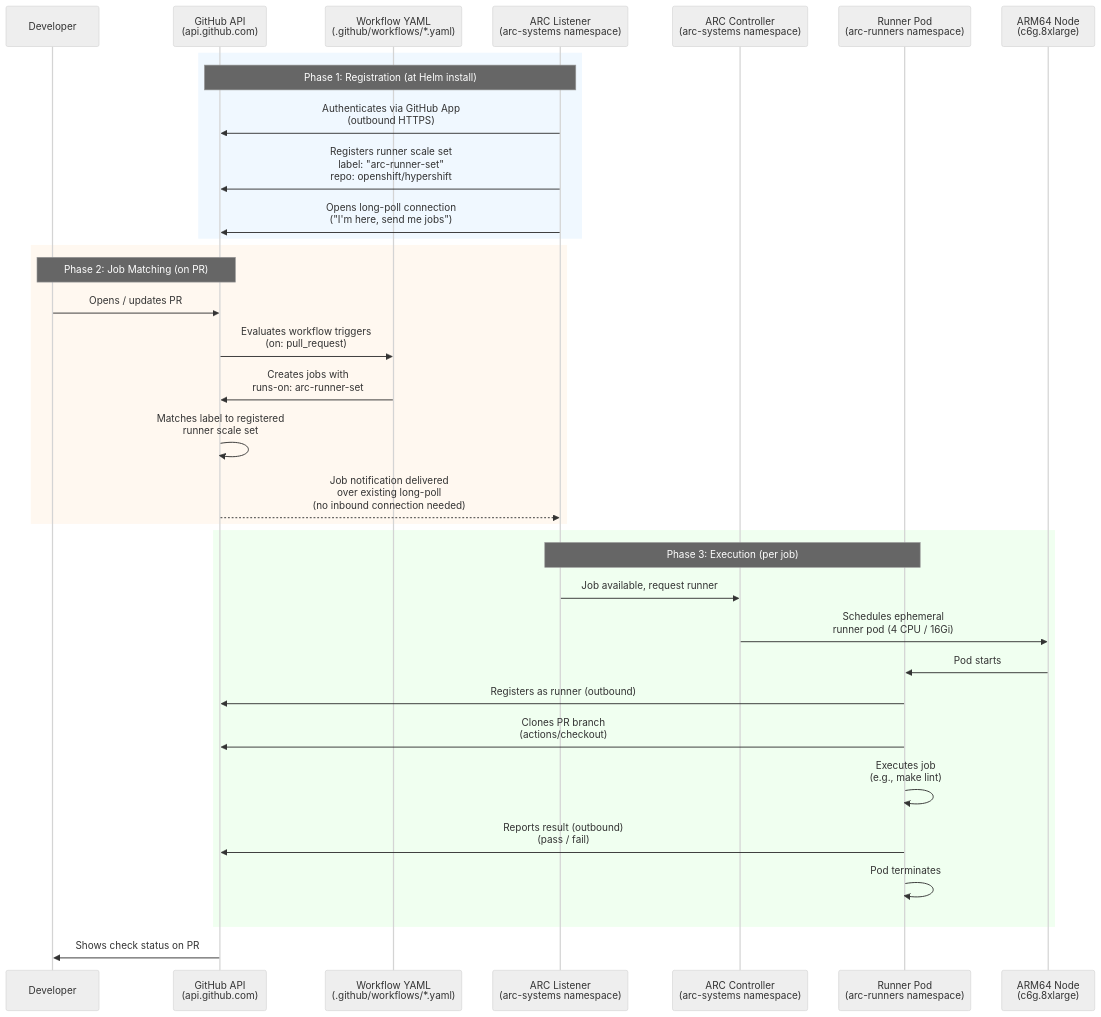
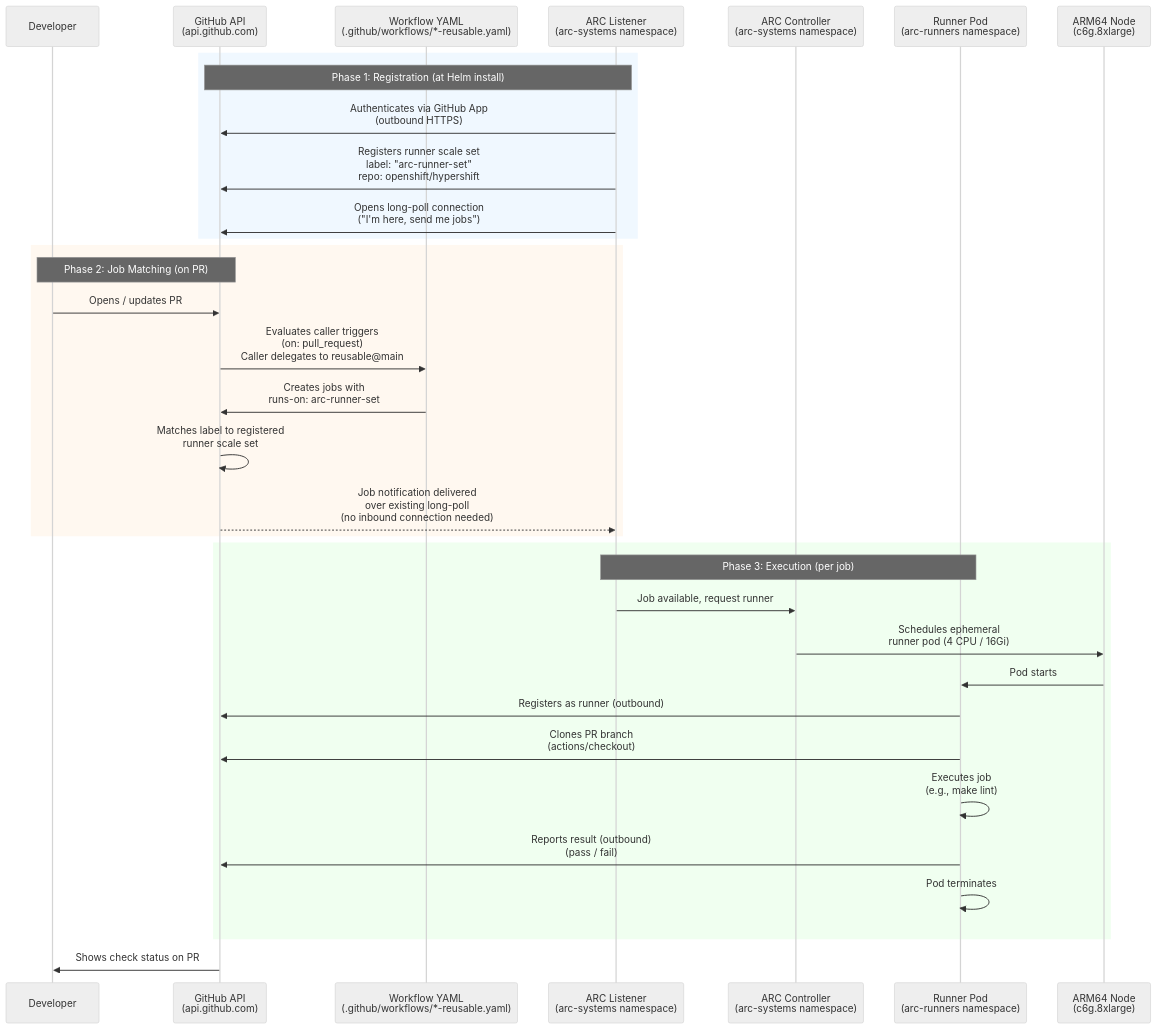
Before and after one commit to openshift/hypershift: the diagram in hack/github-actions-runner/README.md, drawn with Mermaid (neutral theme). The commit also changed other lines of this file and 4 other files, not shown here.

First line of the commit message:
docs: update GHA docs for reusable workflow pattern

````diff
--- a/hack/github-actions-runner/README.md
+++ b/hack/github-actions-runner/README.md
@@ -60,40 +63,40 @@
 ```mermaid
 sequenceDiagram
     participant Dev as Developer
     participant GH as GitHub API<br/>(api.github.com)
-    participant WF as Workflow YAML<br/>(.github/workflows/*.yaml)
+    participant WF as Workflow YAML<br/>(.github/workflows/*-reusable.yaml)
     participant Listener as ARC Listener<br/>(arc-systems namespace)
     participant Controller as ARC Controller<br/>(arc-systems namespace)
     participant Runner as Runner Pod<br/>(arc-runners namespace)
     participant Node as ARM64 Node<br/>(c6g.8xlarge)
 
     rect rgb(240, 248, 255)
         Note over Listener,GH: Phase 1: Registration (at Helm install)
         Listener->>GH: Authenticates via GitHub App<br/>(outbound HTTPS)
         Listener->>GH: Registers runner scale set<br/>label: "arc-runner-set"<br/>repo: openshift/hypershift
         Listener->>GH: Opens long-poll connection<br/>("I'm here, send me jobs")
     end
 
     rect rgb(255, 248, 240)
         Note over Dev,GH: Phase 2: Job Matching (on PR)
         Dev->>GH: Opens / updates PR
-        GH->>WF: Evaluates workflow triggers<br/>(on: pull_request)
+        GH->>WF: Evaluates caller triggers<br/>(on: pull_request)<br/>Caller delegates to reusable@main
         WF->>GH: Creates jobs with<br/>runs-on: arc-runner-set
         GH->>GH: Matches label to registered<br/>runner scale set
         GH-->>Listener: Job notification delivered<br/>over existing long-poll<br/>(no inbound connection needed)
     end
 
     rect rgb(240, 255, 240)
         Note over Listener,Runner: Phase 3: Execution (per job)
         Listener->>Controller: Job available, request runner
         Controller->>Node: Schedules ephemeral<br/>runner pod (4 CPU / 16Gi)
         Node->>Runner: Pod starts
         Runner->>GH: Registers as runner (outbound)
         Runner->>GH: Clones PR branch<br/>(actions/checkout)
         Runner->>Runner: Executes job<br/>(e.g., make lint)
         Runner->>GH: Reports result (outbound)<br/>(pass / fail)
         Runner->>Runner: Pod terminates
     end
 
     GH->>Dev: Shows check status on PR
 ```
````
